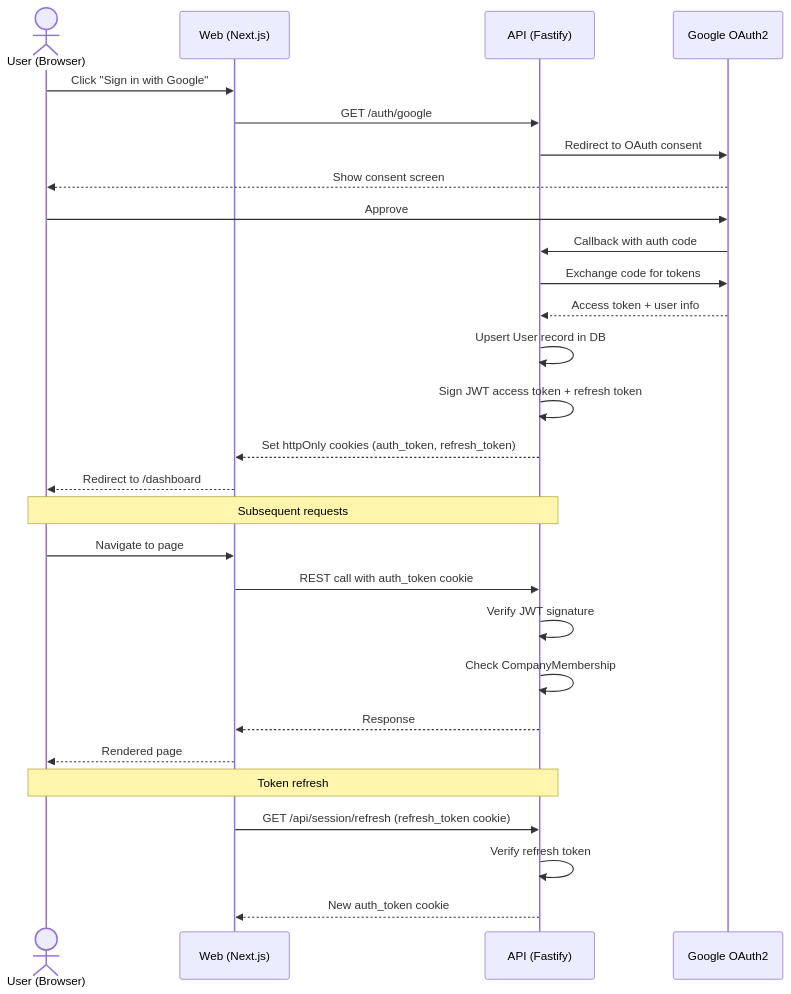
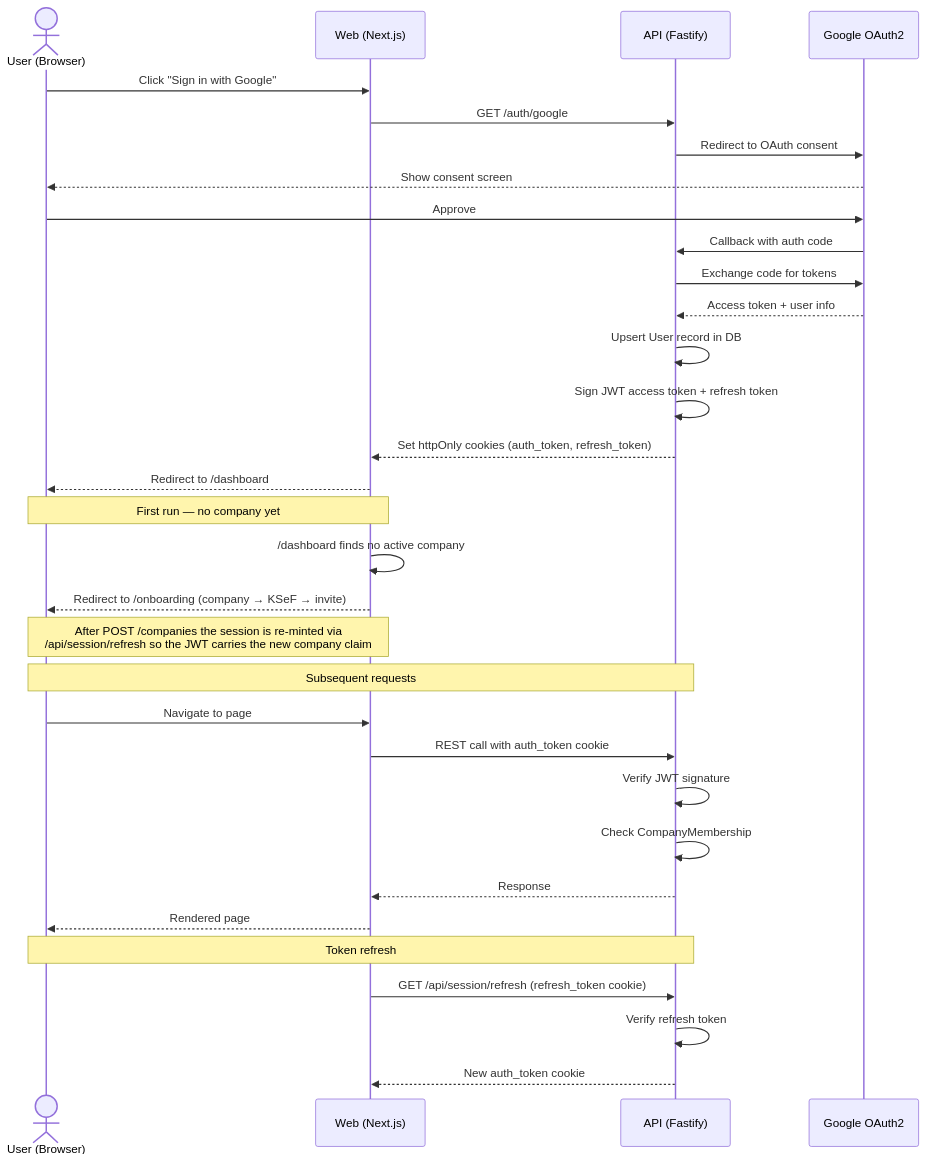
The seventh of 8 diagrams in docs/architecture.md (DriveToTech/ksiegowy-vibe), drawn with Mermaid before and after one commit. The commit also changed other lines of this file and 45 other files, not shown here.

````diff
--- a/docs/architecture.md
+++ b/docs/architecture.md
@@ -210,33 +245,38 @@
 ```mermaid
 sequenceDiagram
     actor User as User (Browser)
     participant Web as Web (Next.js)
     participant API as API (Fastify)
     participant Google as Google OAuth2
 
     User->>Web: Click "Sign in with Google"
     Web->>API: GET /auth/google
     API->>Google: Redirect to OAuth consent
     Google-->>User: Show consent screen
     User->>Google: Approve
     Google->>API: Callback with auth code
     API->>Google: Exchange code for tokens
     Google-->>API: Access token + user info
     API->>API: Upsert User record in DB
     API->>API: Sign JWT access token + refresh token
     API-->>Web: Set httpOnly cookies (auth_token, refresh_token)
     Web-->>User: Redirect to /dashboard
 
+    Note over User,Web: First run — no company yet
+    Web->>Web: /dashboard finds no active company
+    Web-->>User: Redirect to /onboarding (company → KSeF → invite)
+    Note over User,Web: After POST /companies the session is re-minted via<br/>/api/session/refresh so the JWT carries the new company claim
+
     Note over User,API: Subsequent requests
     User->>Web: Navigate to page
     Web->>API: REST call with auth_token cookie
     API->>API: Verify JWT signature
     API->>API: Check CompanyMembership
     API-->>Web: Response
     Web-->>User: Rendered page
 
     Note over User,API: Token refresh
     Web->>API: GET /api/session/refresh (refresh_token cookie)
     API->>API: Verify refresh token
     API-->>Web: New auth_token cookie
 ```
````
